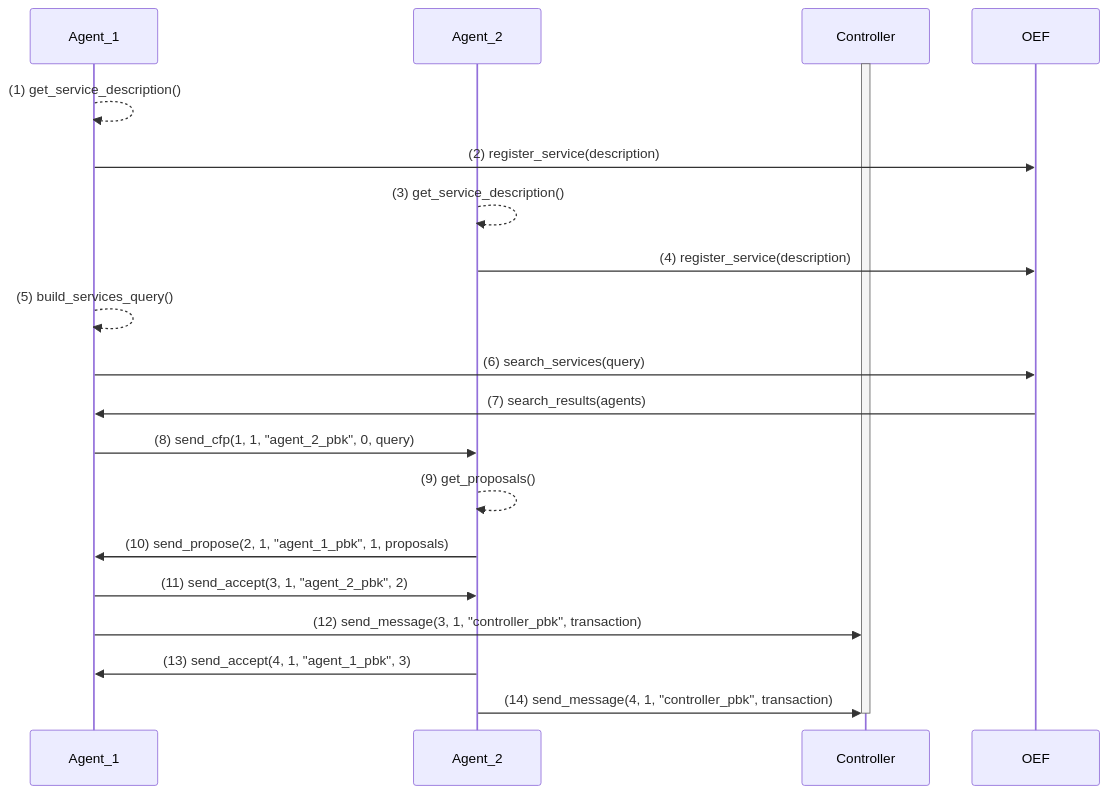
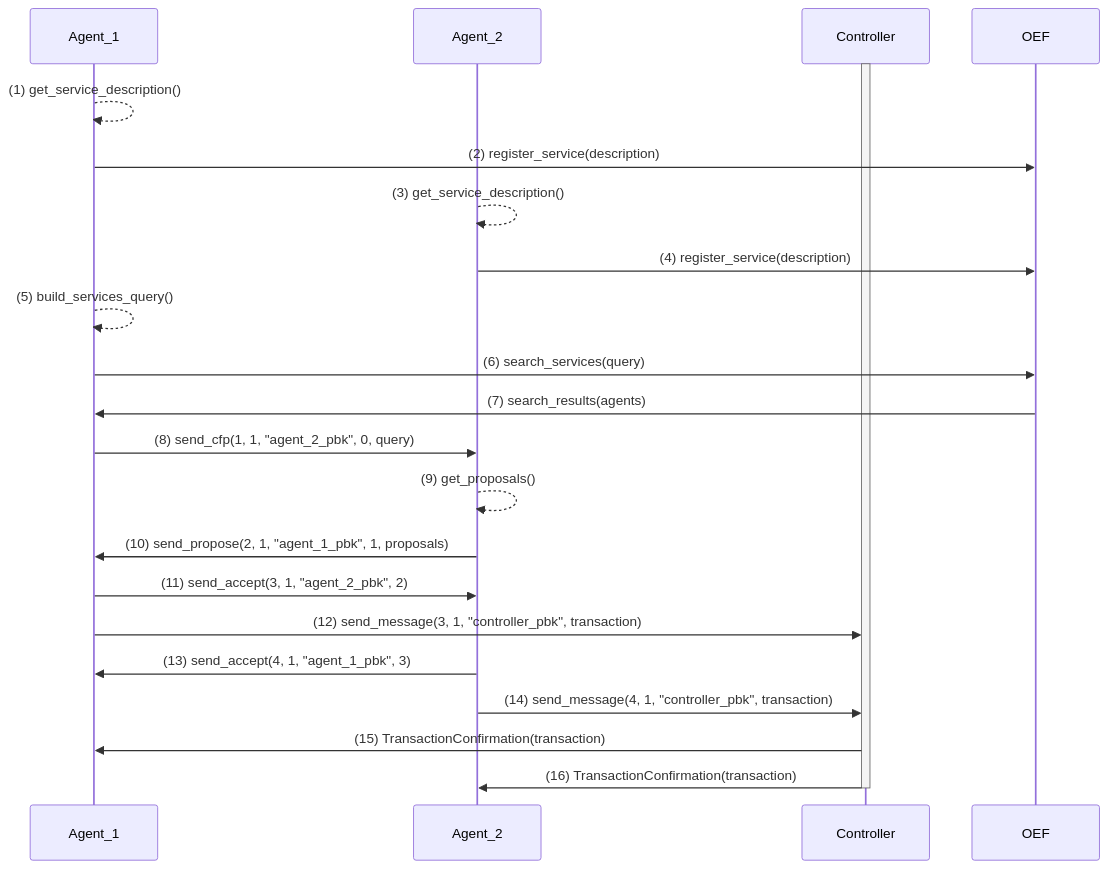
One commit to fetchai/agents-tac changed the diagram in docs/diagrams/negotiation-guide/summary.mmd. Above: the diagram before and after it, drawn with Mermaid. The commit also changed 1 other file, not shown here.

```diff
--- a/docs/diagrams/negotiation-guide/summary.mmd
+++ b/docs/diagrams/negotiation-guide/summary.mmd
@@ -1,39 +1,40 @@
 sequenceDiagram
 
     participant Agent_1
 
     participant Agent_2
 
     participant Controller
 
     participant OEF
 
 
 
     activate Controller
 
     Agent_1-->>Agent_1: (1) get_service_description()
     Agent_1->>OEF: (2) register_service(description)
 
     Agent_2-->>Agent_2: (3) get_service_description()
     Agent_2->>OEF: (4) register_service(description)
 
     Agent_1-->>Agent_1: (5) build_services_query()
     Agent_1->>OEF: (6) search_services(query)
 
     OEF->>Agent_1: (7) search_results(agents)
 
     Agent_1->>Agent_2: (8) send_cfp(1, 1, "agent_2_pbk", 0, query)
     Agent_2-->>Agent_2: (9) get_proposals()
 
     Agent_2->>Agent_1: (10) send_propose(2, 1, "agent_1_pbk", 1, proposals)
 
     Agent_1->>Agent_2: (11) send_accept(3, 1, "agent_2_pbk", 2)
-
     Agent_1->>Controller: (12) send_message(3, 1, "controller_pbk", transaction)
 
     Agent_2->>Agent_1: (13) send_accept(4, 1, "agent_1_pbk", 3)
-
     Agent_2->>Controller: (14) send_message(4, 1, "controller_pbk", transaction)
 
+    Controller->>Agent_1: (15) TransactionConfirmation(transaction)
+    Controller->>Agent_2: (16) TransactionConfirmation(transaction)
+
     deactivate Controller
```
